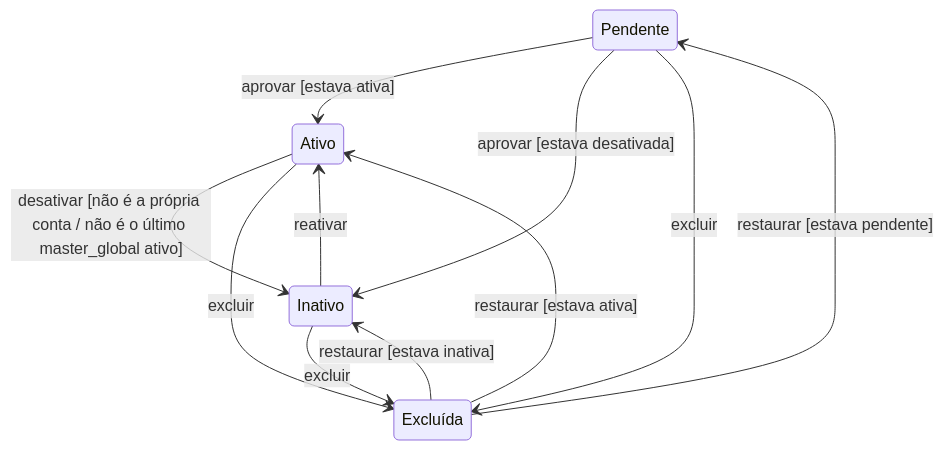
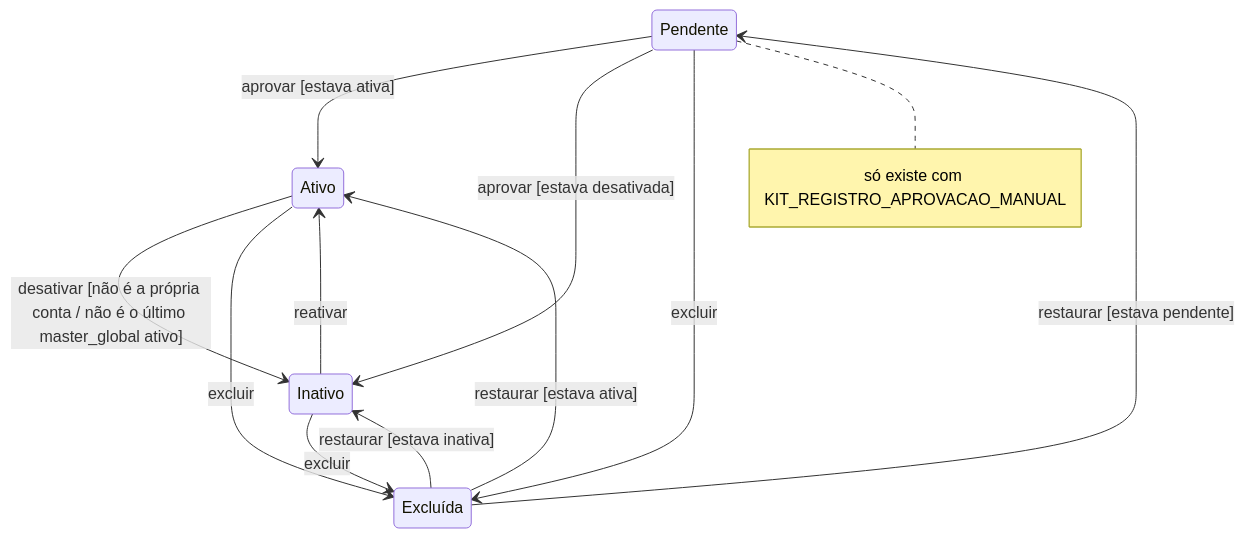
The diagram in docs/pt/autenticacao/estados-de-usuario.md (gsferro/filament-starter-kit-easy), drawn with Mermaid before and after one commit. The commit also changed other lines of this file and 12 other files, not shown here.

First line of the commit message:
:lipstick: fix(site): os diagramas no tamanho natural, com rolagem no bloco, e os opcionais com a chave

````diff
--- a/docs/pt/autenticacao/estados-de-usuario.md
+++ b/docs/pt/autenticacao/estados-de-usuario.md
@@ -19,17 +19,18 @@
 ```mermaid
 stateDiagram-v2
 %% DG-08
 accTitle: Estados da conta do usuário
 accDescr: Pendente aprova para Ativo (ou Inativo, se foi desativada antes); Ativo e Inativo alternam por desativar/reativar; qualquer um deles pode ser excluído, e restaurar volta ao estado de antes da exclusão.
   Pendente --> Ativo : aprovar [estava ativa]
   Pendente --> Inativo : aprovar [estava desativada]
   Ativo --> Inativo : desativar [não é a própria conta / não é o último master_global ativo]
   Ativo --> Excluida : excluir
   Inativo --> Ativo : reativar
   Inativo --> Excluida : excluir
   Pendente --> Excluida : excluir
   Excluida --> Ativo : restaurar [estava ativa]
   Excluida --> Inativo : restaurar [estava inativa]
   Excluida --> Pendente : restaurar [estava pendente]
   state "Excluída" as Excluida
+  note right of Pendente : só existe com KIT_REGISTRO_APROVACAO_MANUAL
 ```
````
